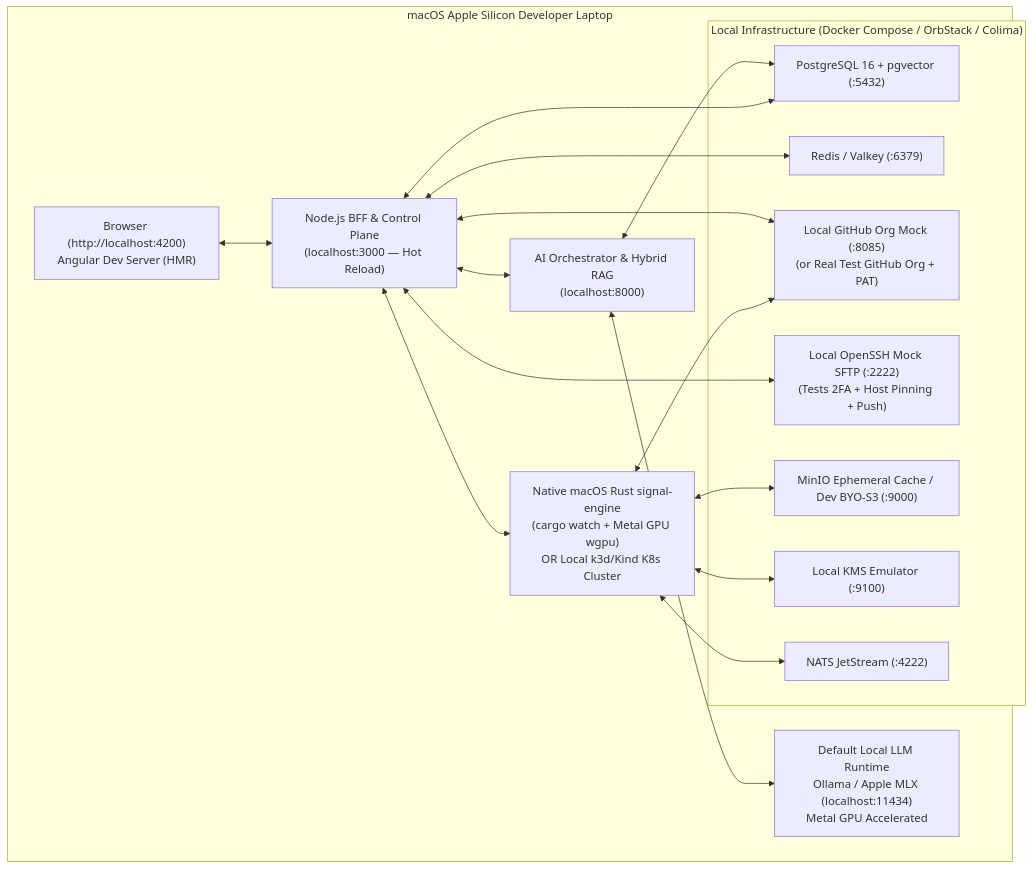
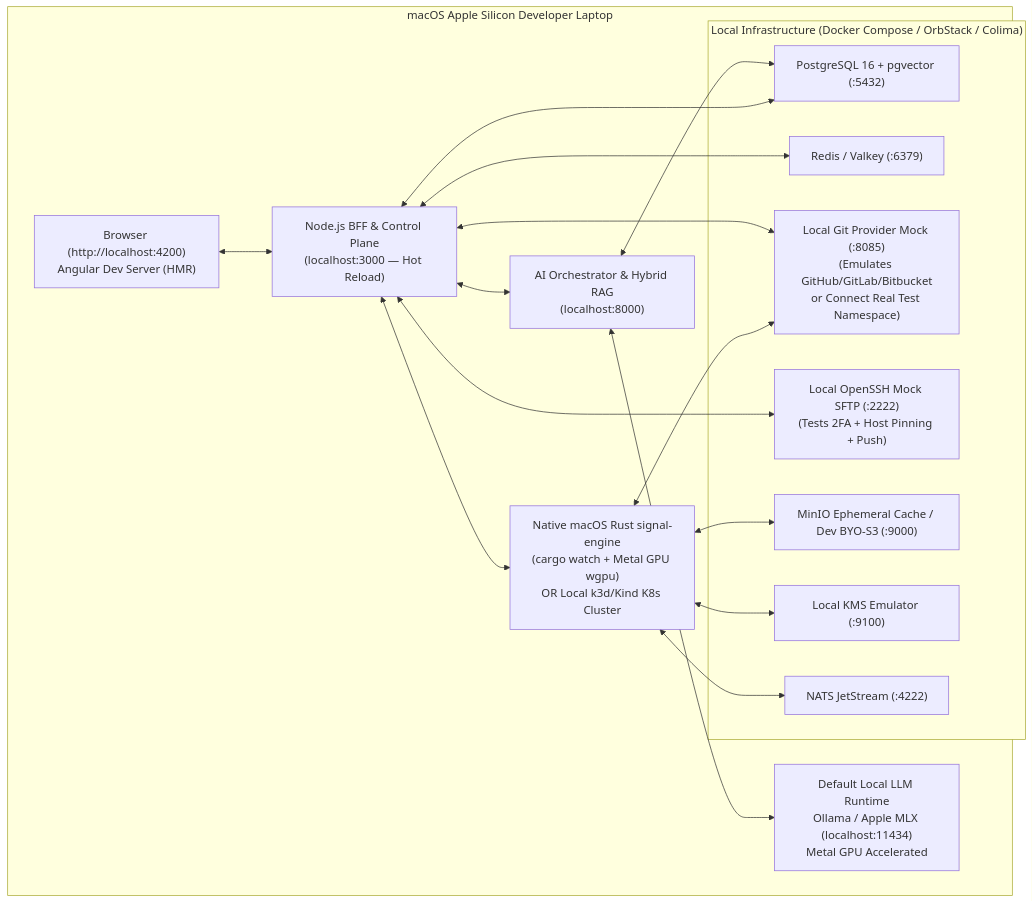
One commit to the-code-master/signal changed the diagram in architecture/09-local-development-environment.md. Above: the diagram before and after it, drawn with Mermaid. The commit also changed 13 other files, not shown here.

Commit message:
docs: expand BYO-Git VCS and Periodic Security Auditor to support GitHub, GitLab, and Bitbucket

````diff
--- a/architecture/09-local-development-environment.md
+++ b/architecture/09-local-development-environment.md
@@ -21,34 +21,34 @@
 ```mermaid
 flowchart TB
     subgraph MacHost["macOS Apple Silicon Developer Laptop"]
         Browser["Browser (http://localhost:4200)\nAngular Dev Server (HMR)"]
         Node["Node.js BFF & Control Plane\n(localhost:3000 — Hot Reload)"]
         Rust["Native macOS Rust signal-engine\n(cargo watch + Metal GPU wgpu)\nOR Local k3d/Kind K8s Cluster"]
         AI["AI Orchestrator & Hybrid RAG\n(localhost:8000)"]
         LocalLLM["Default Local LLM Runtime\nOllama / Apple MLX (localhost:11434)\nMetal GPU Accelerated"]
 
         subgraph Docker["Local Infrastructure (Docker Compose / OrbStack / Colima)"]
             PG["PostgreSQL 16 + pgvector (:5432)"]
             Redis["Redis / Valkey (:6379)"]
             NATS["NATS JetStream (:4222)"]
             MinIO["MinIO Ephemeral Cache / Dev BYO-S3 (:9000)"]
             DevKMS["Local KMS Emulator (:9100)"]
-            MockGitHub["Local GitHub Org Mock (:8085)\n(or Real Test GitHub Org + PAT)"]
+            MockGit["Local Git Provider Mock (:8085)\n(Emulates GitHub/GitLab/Bitbucket\nor Connect Real Test Namespace)"]
             MockSFTP["Local OpenSSH Mock SFTP (:2222)\n(Tests 2FA + Host Pinning + Push)"]
         end
     end
 
     Browser <--> Node
     Node <--> Rust
     Node <--> AI
     AI <--> LocalLLM
     AI <--> PG
     Node <--> PG
     Node <--> Redis
-    Node <--> MockGitHub
+    Node <--> MockGit
     Node <--> MockSFTP
-    Rust <--> MockGitHub
+    Rust <--> MockGit
     Rust <--> MinIO
     Rust <--> DevKMS
     Rust <--> NATS
 ```
````
